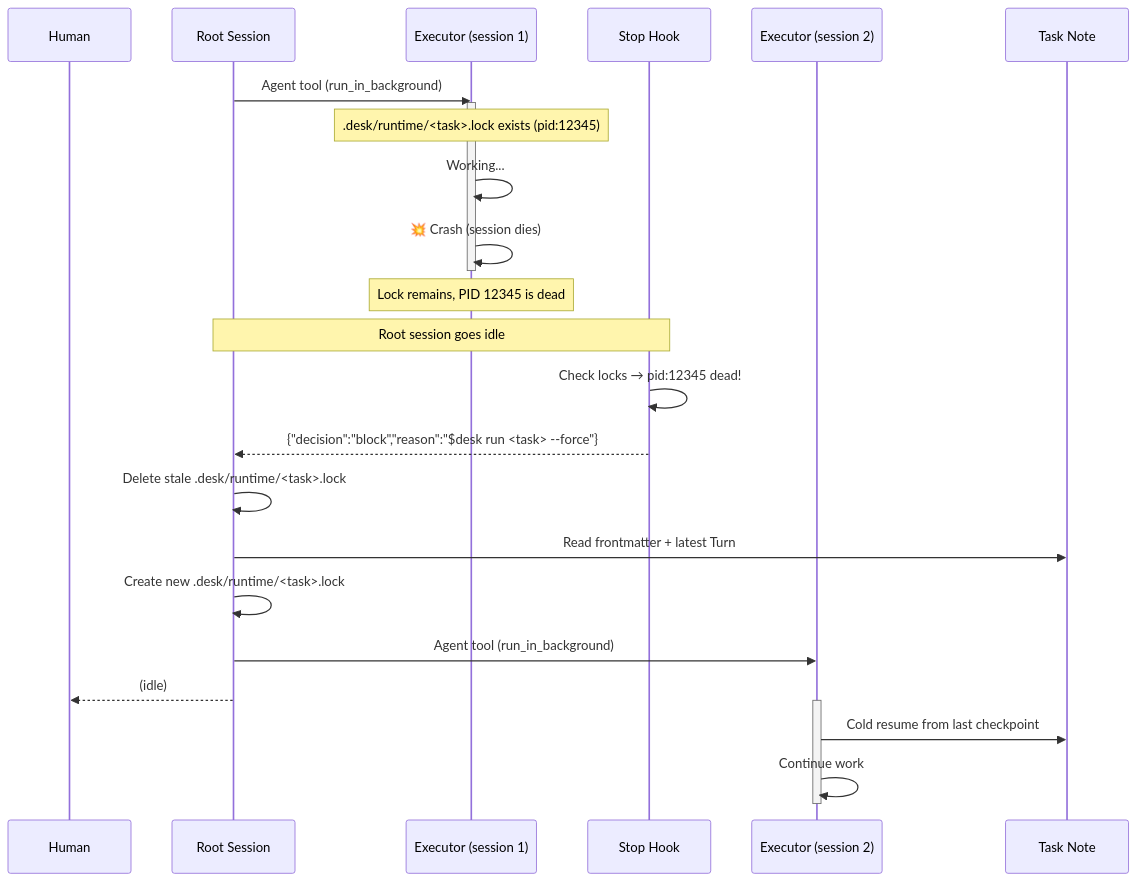
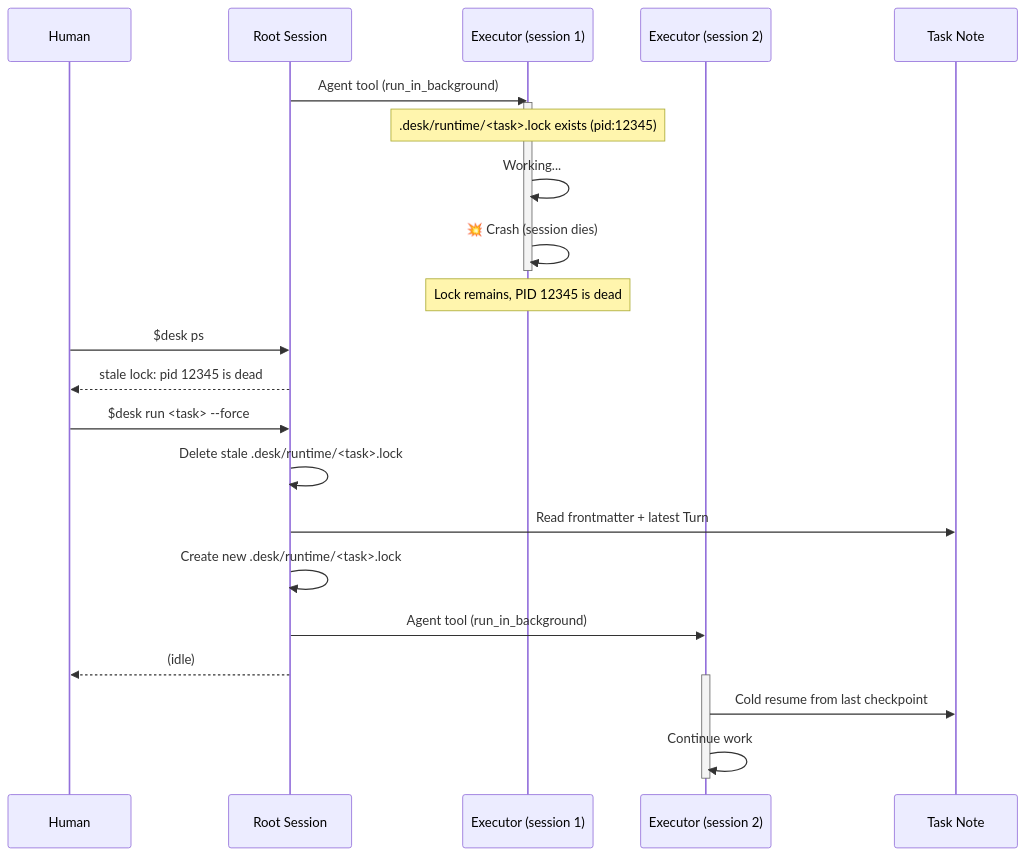
Before and after one commit to hrfmmr/dotfiles: the third of 6 diagrams in codex/skills/desk/references/sequence-diagrams.md, drawn with Mermaid. The commit also changed other lines of this file and 4 other files, not shown here.

Commit message:
chore: remove desk stop hook flow

````diff
--- a/codex/skills/desk/references/sequence-diagrams.md
+++ b/codex/skills/desk/references/sequence-diagrams.md
@@ -86,32 +79,30 @@
 ```mermaid
 sequenceDiagram
     participant H as Human
     participant R as Root Session
     participant E1 as Executor (session 1)
-    participant Hook as Stop Hook
     participant E2 as Executor (session 2)
     participant TN as Task Note
 
     R->>E1: Agent tool (run_in_background)
     activate E1
     Note over E1: .desk/runtime/<task>.lock exists (pid:12345)
     E1->>E1: Working...
     E1->>E1: 💥 Crash (session dies)
     deactivate E1
     Note over E1: Lock remains, PID 12345 is dead
 
-    Note over R,Hook: Root session goes idle
-    Hook->>Hook: Check locks → pid:12345 dead!
-    Hook-->>R: {"decision":"block","reason":"$desk run <task> --force"}
-
+    H->>R: $desk ps
+    R-->>H: stale lock: pid 12345 is dead
+    H->>R: $desk run <task> --force
     R->>R: Delete stale .desk/runtime/<task>.lock
     R->>TN: Read frontmatter + latest Turn
     R->>R: Create new .desk/runtime/<task>.lock
     R->>E2: Agent tool (run_in_background)
     R-->>H: (idle)
 
     activate E2
     E2->>TN: Cold resume from last checkpoint
     E2->>E2: Continue work
     deactivate E2
 ```
````
